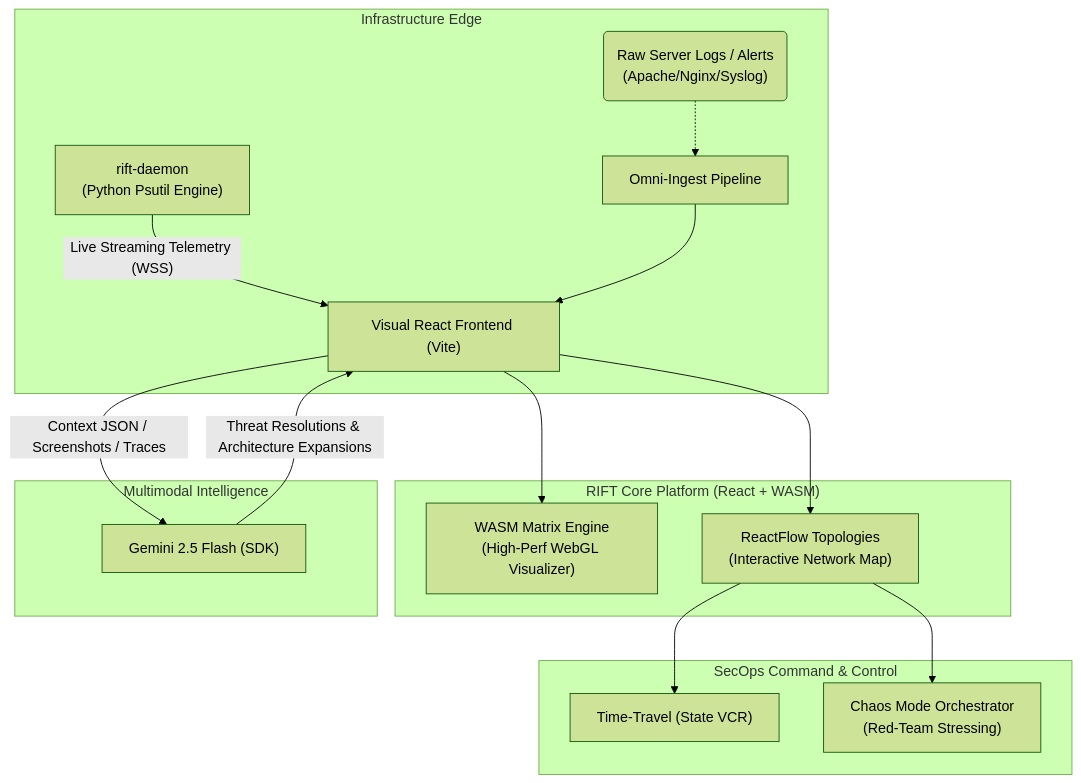
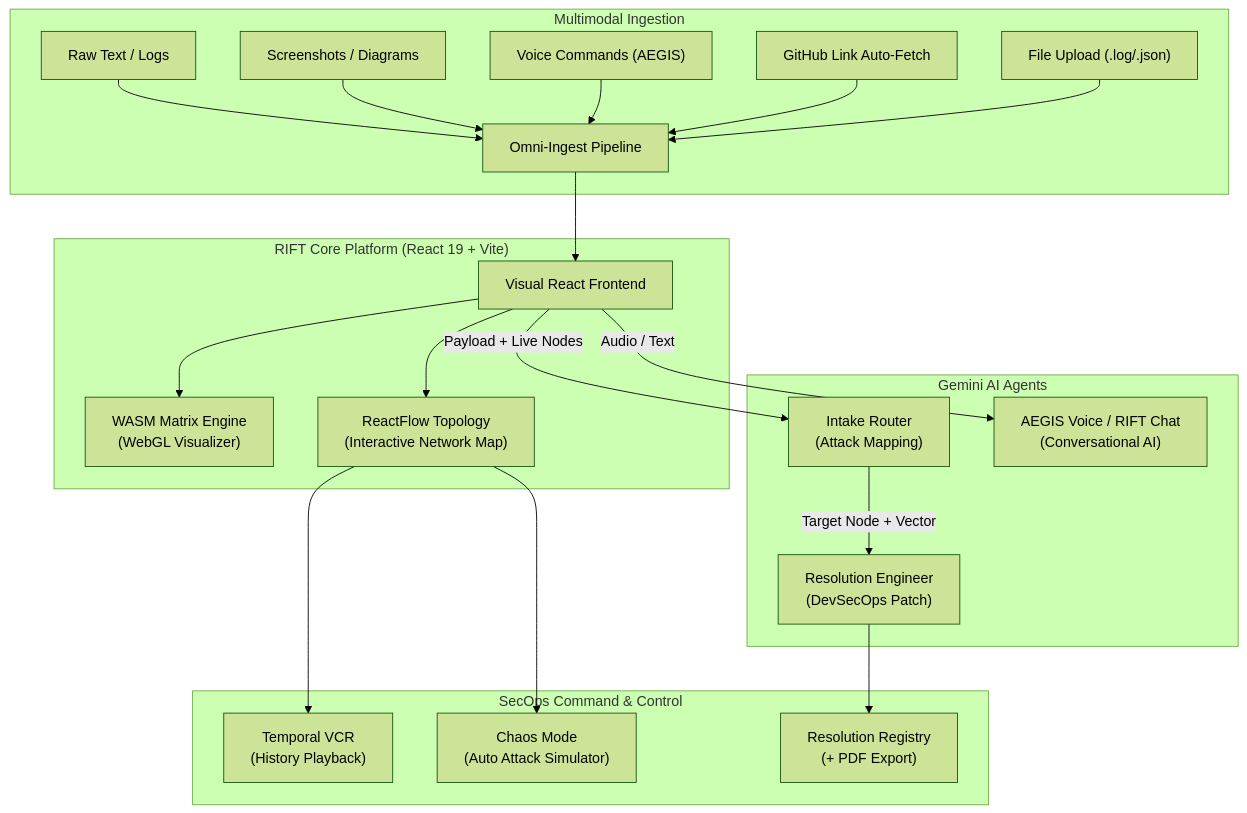
Before and after one commit to omshukla24/Rift: the diagram in README.md, drawn with Mermaid (forest theme). The commit also changed other lines of this file and 4 other files, not shown here.

Commit message:
chore: Remove legacy rift-daemon, rewrite README, purge JARVIS branding, add AEGIS VAD voice system

````diff
--- a/README.md
+++ b/README.md
@@ -21,28 +22,33 @@
 ```mermaid
 graph TD
-    %% Base Network Infrastructure
-    subgraph "Infrastructure Edge"
-        RD["rift-daemon<br/>(Python Psutil Engine)"] -- "Live Streaming Telemetry (WSS)" --> UI
-        RawLogs("Raw Server Logs / Alerts<br/>(Apache/Nginx/Syslog)") -.-> Ingest
+    %% Data Ingestion
+    subgraph "Multimodal Ingestion"
+        Text["Raw Text / Logs"] --> Ingest
+        Image["Screenshots / Diagrams"] --> Ingest
+        Audio["Voice Commands (AEGIS)"] --> Ingest
+        GH["GitHub Link Auto-Fetch"] --> Ingest
+        File["File Upload (.log/.json)"] --> Ingest
+        Ingest["Omni-Ingest Pipeline"]
     end
 
-    %% Web Platform
-    subgraph "RIFT Core Platform (React + WASM)"
-        UI["Visual React Frontend (Vite)"]
-        UI --> Matrix["WASM Matrix Engine<br/>(High-Perf WebGL Visualizer)"]
-        UI --> RFlow["ReactFlow Topologies<br/>(Interactive Network Map)"]
-        Ingest["Omni-Ingest Pipeline"] --> UI
+    %% Core Platform
+    subgraph "RIFT Core Platform (React 19 + Vite)"
+        Ingest --> UI["Visual React Frontend"]
+        UI --> Matrix["WASM Matrix Engine<br/>(WebGL Visualizer)"]
+        UI --> RFlow["ReactFlow Topology<br/>(Interactive Network Map)"]
     end
 
-    %% Intelligence Engine
-    subgraph "Multimodal Intelligence"
-        UI -- "Context JSON / Screenshots / Traces" --> Gem["Gemini 2.5 Flash (SDK)"]
-        Gem -- "Threat Resolutions & Architecture Expansions" --> UI
+    %% Intelligence
+    subgraph "Gemini AI Agents"
+        UI -- "Payload + Live Nodes" --> Agent1["Intake Router<br/>(Attack Mapping)"]
+        Agent1 -- "Target Node + Vector" --> Agent2["Resolution Engineer<br/>(DevSecOps Patch)"]
+        UI -- "Audio / Text" --> Agent3["AEGIS Voice / RIFT Chat<br/>(Conversational AI)"]
     end
 
-    %% SecOps Operational Tooling
+    %% Operations
     subgraph "SecOps Command & Control"
-        RFlow --> VCR["Time-Travel (State VCR)"]
-        RFlow --> Sim["Chaos Mode Orchestrator<br/>(Red-Team Stressing)"]
+        RFlow --> VCR["Temporal VCR<br/>(History Playback)"]
+        RFlow --> Sim["Chaos Mode<br/>(Auto Attack Simulator)"]
+        Agent2 --> Registry["Resolution Registry<br/>(+ PDF Export)"]
     end
 ```
````
